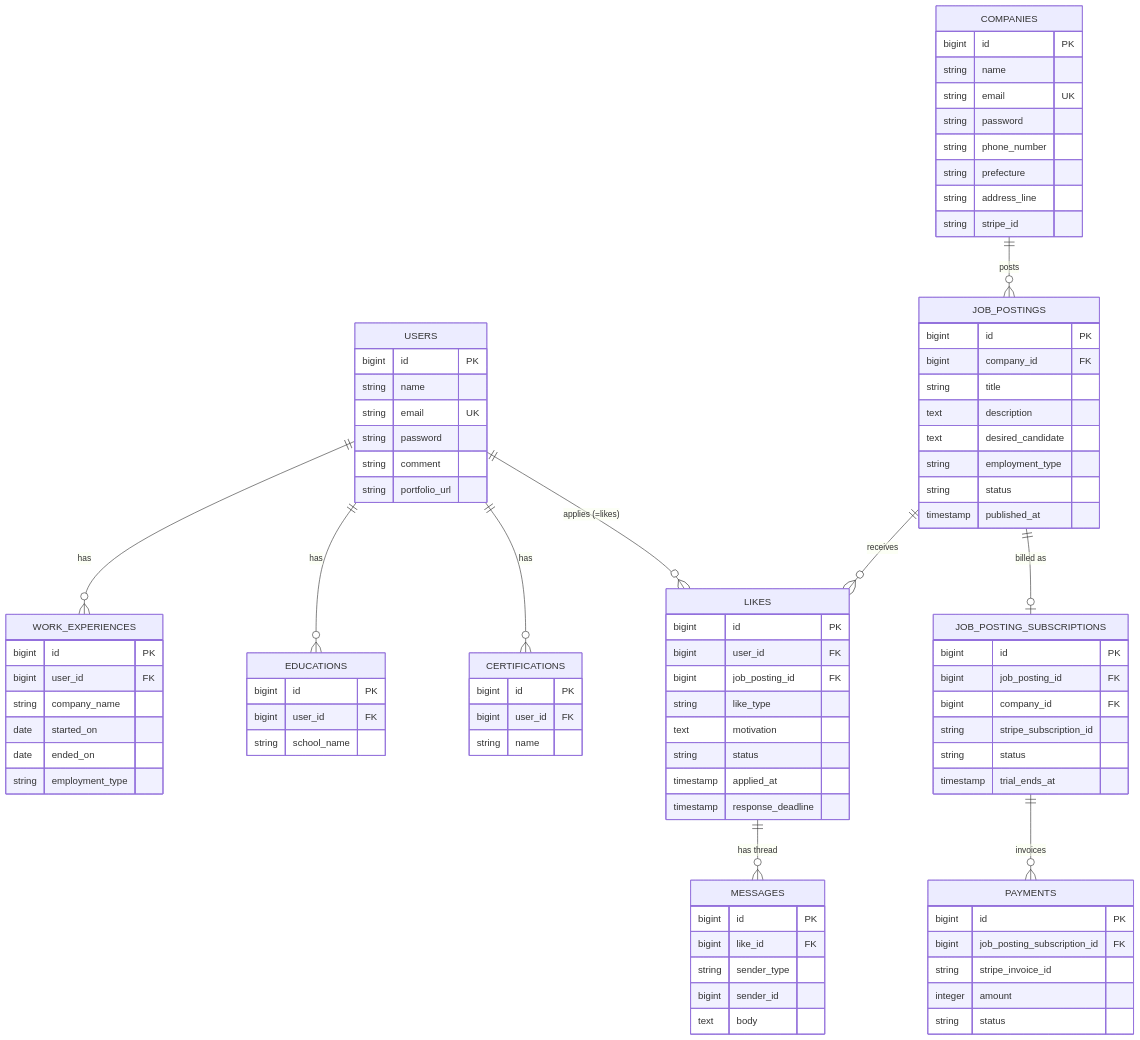
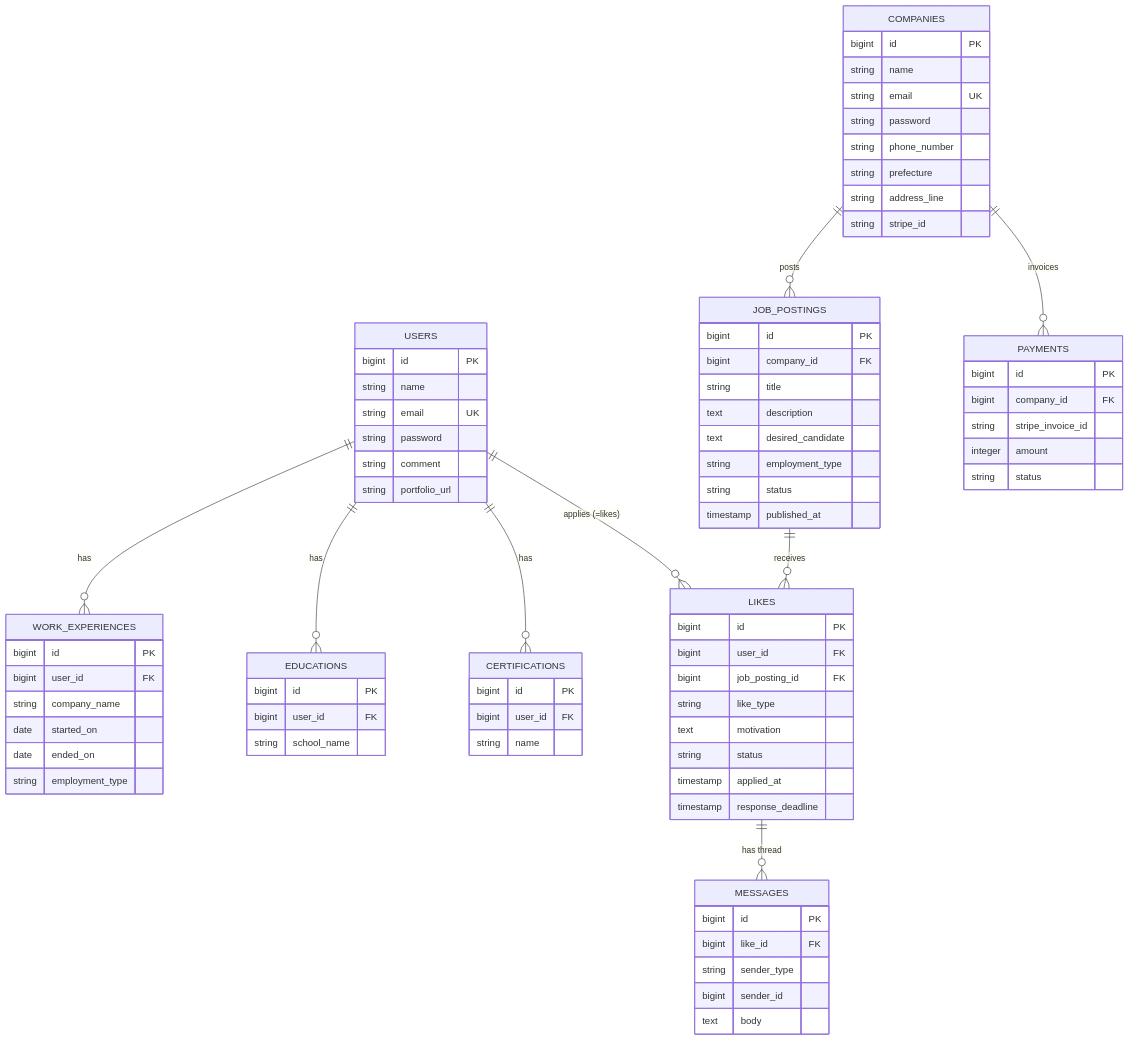
Before and after one commit to kabochan73/Match2: the diagram in DB_DESIGN.md, drawn with Mermaid. The commit also changed other lines of this file and 8 other files, not shown here.

First line of the commit message:
Switch billing model from per-job-posting to company-wide subscription

```diff
--- a/DB_DESIGN.md
+++ b/DB_DESIGN.md
@@ -15,8 +15,7 @@
     USERS ||--o{ LIKES : "applies (=likes)"
     JOB_POSTINGS ||--o{ LIKES : "receives"
     LIKES ||--o{ MESSAGES : "has thread"
-    JOB_POSTINGS ||--o| JOB_POSTING_SUBSCRIPTIONS : "billed as"
-    JOB_POSTING_SUBSCRIPTIONS ||--o{ PAYMENTS : "invoices"
+    COMPANIES ||--o{ PAYMENTS : "invoices"
 
     COMPANIES {
         bigint id PK
@@ -81,17 +80,9 @@
         bigint sender_id
         text body
     }
-    JOB_POSTING_SUBSCRIPTIONS {
-        bigint id PK
-        bigint job_posting_id FK
-        bigint company_id FK
-        string stripe_subscription_id
-        string status
-        timestamp trial_ends_at
-    }
     PAYMENTS {
         bigint id PK
-        bigint job_posting_subscription_id FK
+        bigint company_id FK
         string stripe_invoice_id
         integer amount
         string status
```
